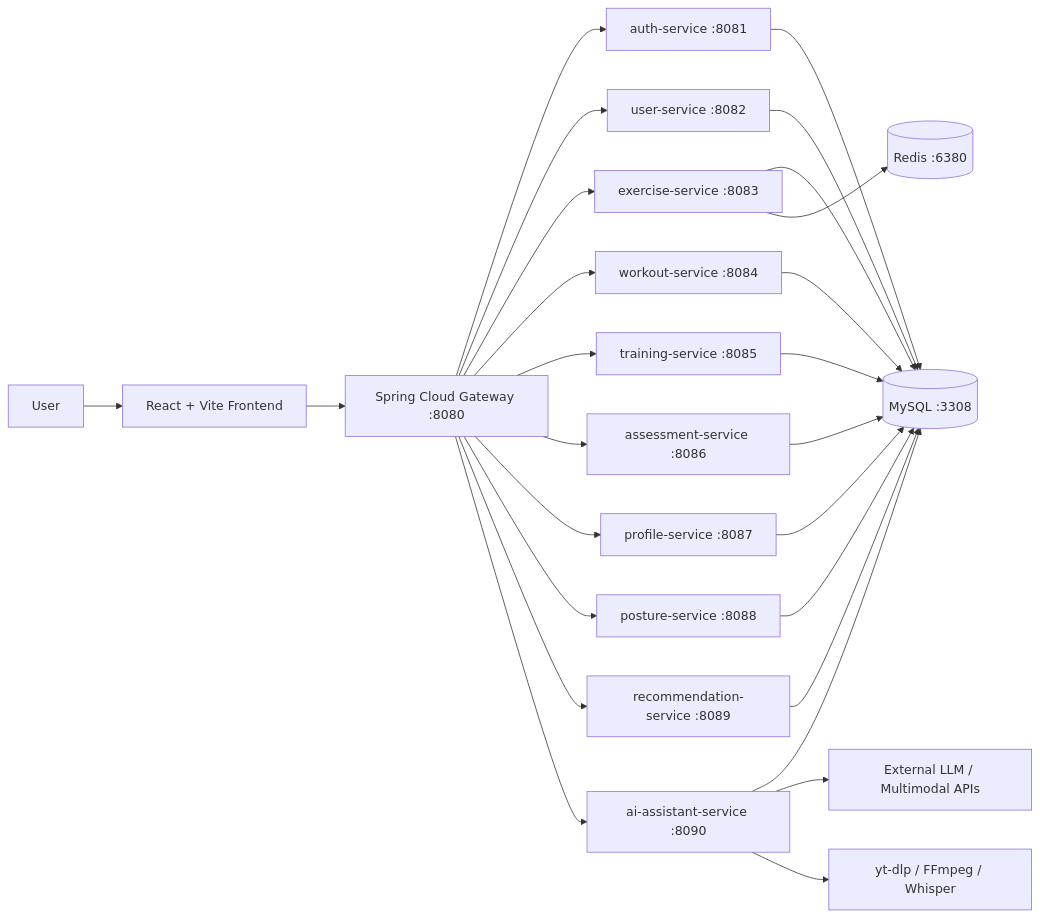
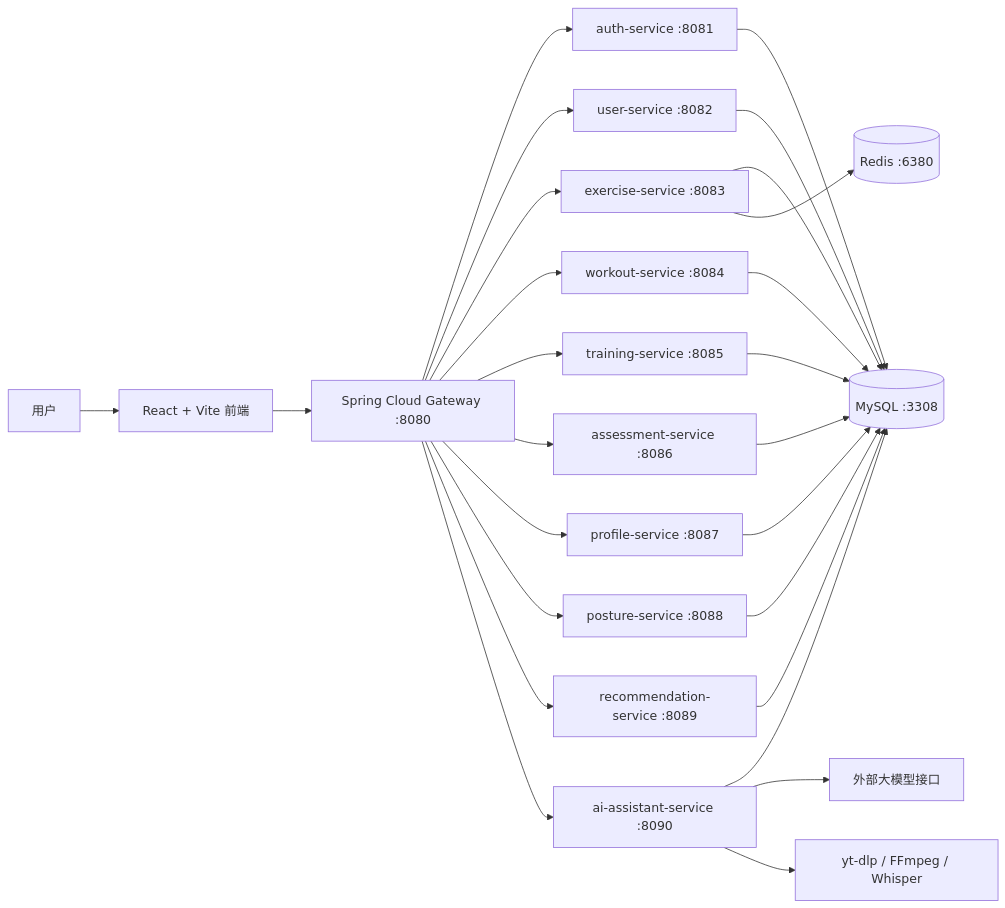
Before and after one commit to Darightrelit666/somaticBuilding: the diagram in README.md, drawn with Mermaid. The commit also changed other lines of this file and 2 other files, not shown here.

````diff
--- a/README.md
+++ b/README.md
@@ -181,28 +204,28 @@
 ```mermaid
 flowchart LR
-  User[User] --> Web[React + Vite Frontend]
+  User[用户] --> Web[React + Vite 前端]
   Web --> Gateway[Spring Cloud Gateway :8080]
   Gateway --> Auth[auth-service :8081]
   Gateway --> UserSvc[user-service :8082]
   Gateway --> Exercise[exercise-service :8083]
   Gateway --> Workout[workout-service :8084]
   Gateway --> Training[training-service :8085]
   Gateway --> Assessment[assessment-service :8086]
   Gateway --> Profile[profile-service :8087]
   Gateway --> Posture[posture-service :8088]
   Gateway --> Recommendation[recommendation-service :8089]
   Gateway --> AI[ai-assistant-service :8090]
   Auth --> MySQL[(MySQL :3308)]
   UserSvc --> MySQL
   Exercise --> MySQL
   Workout --> MySQL
   Training --> MySQL
   Assessment --> MySQL
   Profile --> MySQL
   Posture --> MySQL
   Recommendation --> MySQL
   AI --> MySQL
   Exercise --> Redis[(Redis :6380)]
-  AI --> LLM[External LLM / Multimodal APIs]
+  AI --> LLM[外部大模型接口]
   AI --> Tools[yt-dlp / FFmpeg / Whisper]
 ```
````
